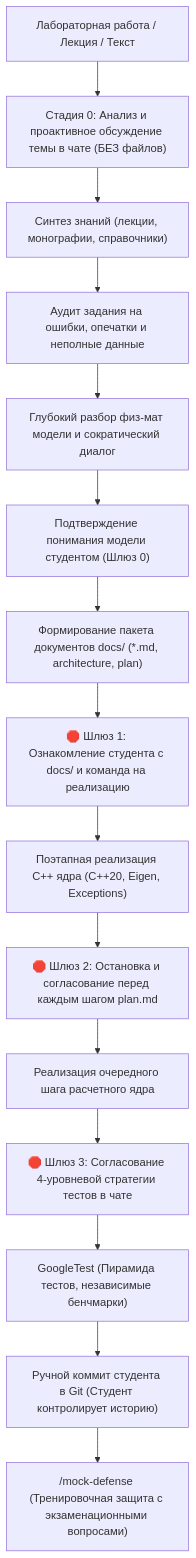
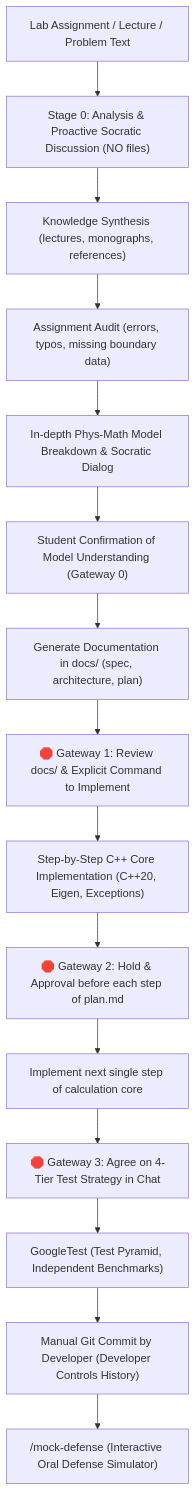
The diagram in README.md (BugFix-develop/hydraulics-brainstorm), drawn with Mermaid before and after one commit. The commit also changed other lines of this file and 16 other files, not shown here.

Commit message:
docs: translate all markdown documentation and references to English, fix LaTeX math formulas

````diff
--- a/README.md
+++ b/README.md
@@ -314,17 +315,17 @@
 ```mermaid
 flowchart TD
-    A["Лабораторная работа / Лекция / Текст"] --> B["Стадия 0: Анализ и проактивное обсуждение темы в чате (БЕЗ файлов)"]
-    B --> B1["Синтез знаний (лекции, монографии, справочники)"]
-    B1 --> B2["Аудит задания на ошибки, опечатки и неполные данные"]
-    B2 --> B3["Глубокий разбор физ-мат модели и сократический диалог"]
-    B3 --> B4["Подтверждение понимания модели студентом (Шлюз 0)"]
-    B4 --> C["Формирование пакета документов docs/ (*.md, architecture, plan)"]
-    C --> D["🛑 Шлюз 1: Ознакомление студента с docs/ и команда на реализацию"]
-    D --> E["Поэтапная реализация C++ ядра (C++20, Eigen, Exceptions)"]
-    E --> E1["🛑 Шлюз 2: Остановка и согласование перед каждым шагом plan.md"]
-    E1 --> E2["Реализация очередного шага расчетного ядра"]
-    E2 --> F["🛑 Шлюз 3: Согласование 4-уровневой стратегии тестов в чате"]
-    F --> G["GoogleTest (Пирамида тестов, независимые бенчмарки)"]
-    G --> H["Ручной коммит студента в Git (Студент контролирует историю)"]
-    H --> I["/mock-defense (Тренировочная защита с экзаменационными вопросами)"]
+    A["Lab Assignment / Lecture / Problem Text"] --> B["Stage 0: Analysis & Proactive Socratic Discussion (NO files)"]
+    B --> B1["Knowledge Synthesis (lectures, monographs, references)"]
+    B1 --> B2["Assignment Audit (errors, typos, missing boundary data)"]
+    B2 --> B3["In-depth Phys-Math Model Breakdown & Socratic Dialog"]
+    B3 --> B4["Student Confirmation of Model Understanding (Gateway 0)"]
+    B4 --> C["Generate Documentation in docs/ (spec, architecture, plan)"]
+    C --> D["🛑 Gateway 1: Review docs/ & Explicit Command to Implement"]
+    D --> E["Step-by-Step C++ Core Implementation (C++20, Eigen, Exceptions)"]
+    E --> E1["🛑 Gateway 2: Hold & Approval before each step of plan.md"]
+    E1 --> E2["Implement next single step of calculation core"]
+    E2 --> F["🛑 Gateway 3: Agree on 4-Tier Test Strategy in Chat"]
+    F --> G["GoogleTest (Test Pyramid, Independent Benchmarks)"]
+    G --> H["Manual Git Commit by Developer (Developer Controls History)"]
+    H --> I["/mock-defense (Interactive Oral Defense Simulator)"]
 ```
````
